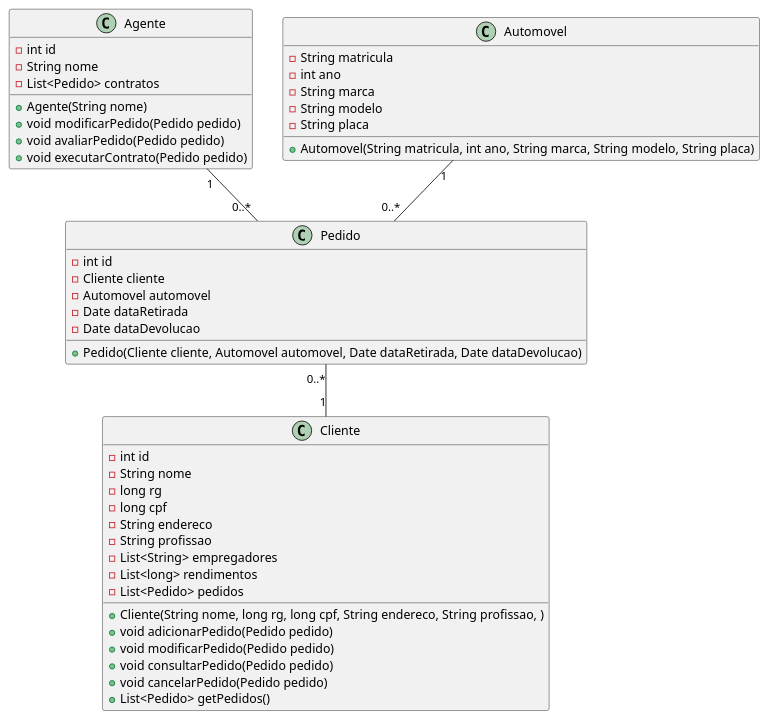
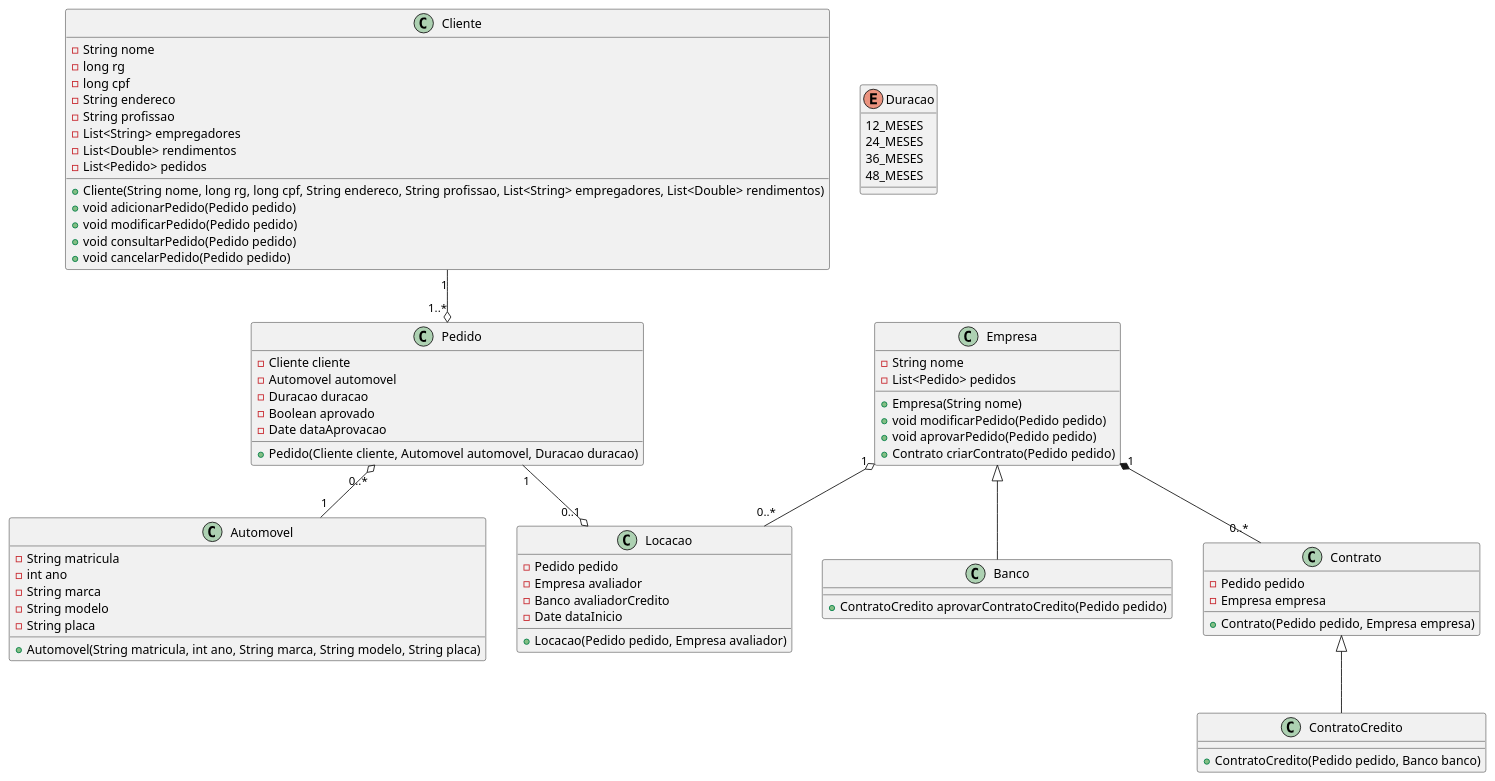
Before and after one commit to RafaMtF/LDS-Lab02: the diagram in project/code/classDiagram.puml, drawn with PlantUML.

```diff
--- a/project/code/classDiagram.puml
+++ b/project/code/classDiagram.puml
@@ -1,54 +1,82 @@
 @startuml
-
 class Cliente {
-    -int id
     -String nome
     -long rg
     -long cpf
     -String endereco
     -String profissao
     -List<String> empregadores
-    -List<long> rendimentos
+    -List<Double> rendimentos
     -List<Pedido> pedidos
-    +Cliente(String nome, long rg, long cpf, String endereco, String profissao, )
+    +Cliente(String nome, long rg, long cpf, String endereco, String profissao, List<String> empregadores, List<Double> rendimentos)
     +void adicionarPedido(Pedido pedido)
     +void modificarPedido(Pedido pedido)
     +void consultarPedido(Pedido pedido)
     +void cancelarPedido(Pedido pedido)
-    +List<Pedido> getPedidos()
 }
 
-class Agente {
-    -int id
+class Empresa {
     -String nome
-    -List<Pedido> contratos
-    +Agente(String nome)
+    -List<Pedido> pedidos
+    +Empresa(String nome)
     +void modificarPedido(Pedido pedido)
-    +void avaliarPedido(Pedido pedido)
-    +void executarContrato(Pedido pedido)
+    +void aprovarPedido(Pedido pedido)
+    +Contrato criarContrato(Pedido pedido)
+}
+
+class Banco {
+    +ContratoCredito aprovarContratoCredito(Pedido pedido)
 }
 
 class Pedido {
-    -int id
     -Cliente cliente
     -Automovel automovel
-    -Date dataRetirada
-    -Date dataDevolucao
-    +Pedido(Cliente cliente, Automovel automovel, Date dataRetirada, Date dataDevolucao)
+    -Duracao duracao
+    -Boolean aprovado
+    -Date dataAprovacao
+    +Pedido(Cliente cliente, Automovel automovel, Duracao duracao)
 }
 
 class Automovel {
     -String matricula
     -int ano
     -String marca
     -String modelo
     -String placa
     +Automovel(String matricula, int ano, String marca, String modelo, String placa)
 }
 
-Agente "1" -- "0..*" Pedido
-Automovel "1" -- "0..*" Pedido
-Pedido "0..*" -- "1" Cliente
+class Contrato {
+    -Pedido pedido
+    -Empresa empresa
+    +Contrato(Pedido pedido, Empresa empresa)
+}
 
+class ContratoCredito {
+    +ContratoCredito(Pedido pedido, Banco banco) 
+}
+
+class Locacao {
+    -Pedido pedido 
+    -Empresa avaliador
+    -Banco avaliadorCredito
+    -Date dataInicio
+    +Locacao(Pedido pedido, Empresa avaliador)
+}
+
+enum Duracao {
+    12_MESES
+    24_MESES
+    36_MESES
+    48_MESES
+}
+
+Cliente "1" --o "1..*" Pedido
+Pedido "1" --o "0..1" Locacao
+Empresa "1" *-- "0..*" Contrato
+Empresa "1" o-- "0..*" Locacao
+Pedido "0..*" o-- "1" Automovel
+Empresa <|-- Banco
+Contrato <|-- ContratoCredito
 
 @enduml
```
